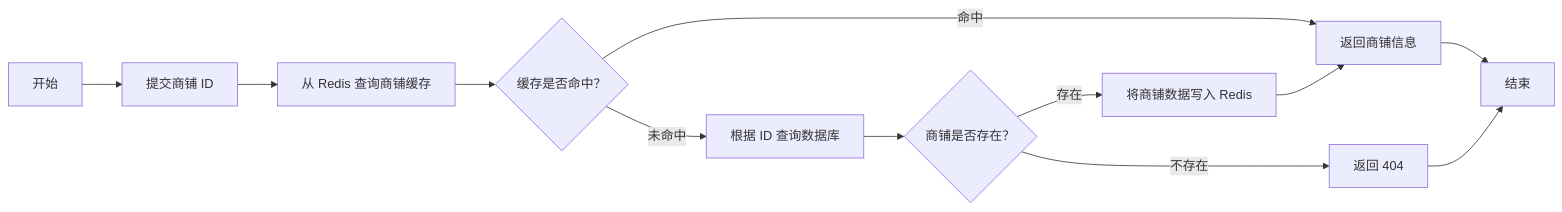
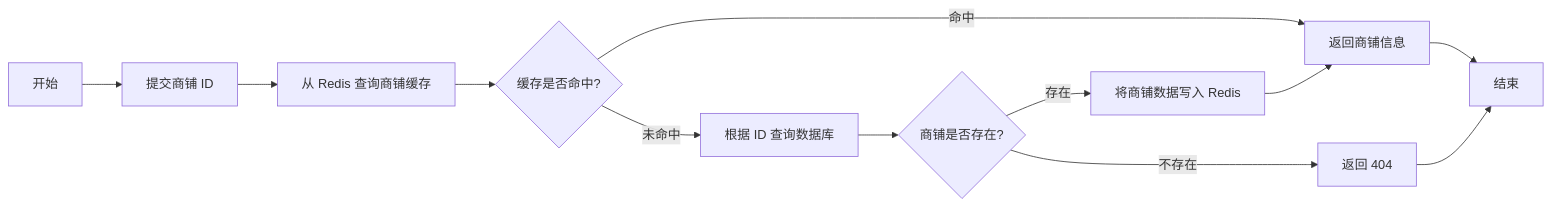
The sixth of 9 diagrams in 项目学习：黑马点评.md (Jingqing3948/Note), drawn with Mermaid before and after one commit. The commit also changed other lines of this file and 19 other files, not shown here.

````diff
--- a/项目学习：黑马点评.md
+++ b/项目学习：黑马点评.md
@@ -756,14 +760,14 @@
 ```mermaid
 flowchart LR
 B1[开始] --> B2[提交商铺 ID]
 B2 --> B3[从 Redis 查询商铺缓存]
-B3 --> B4{缓存是否命中？}
+B3 --> B4{缓存是否命中?}
 B4 -- 命中 --> B5[返回商铺信息]
 B4 -- 未命中 --> B6[根据 ID 查询数据库]
-B6 --> B7{商铺是否存在？}
+B6 --> B7{商铺是否存在?}
 B7 -- 不存在 --> B8[返回 404]
 B7 -- 存在 --> B9[将商铺数据写入 Redis]
 B9 --> B5
 B5 --> B10[结束]
 B8 --> B10
 ```
````
